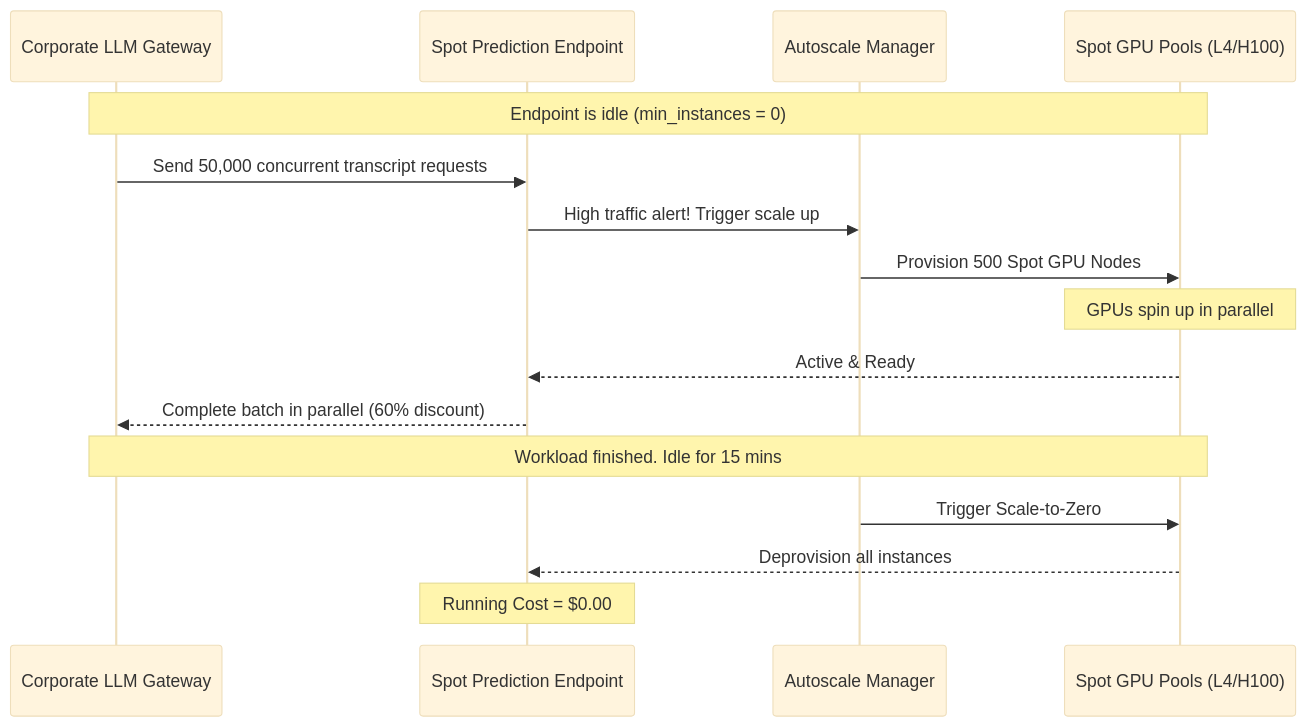
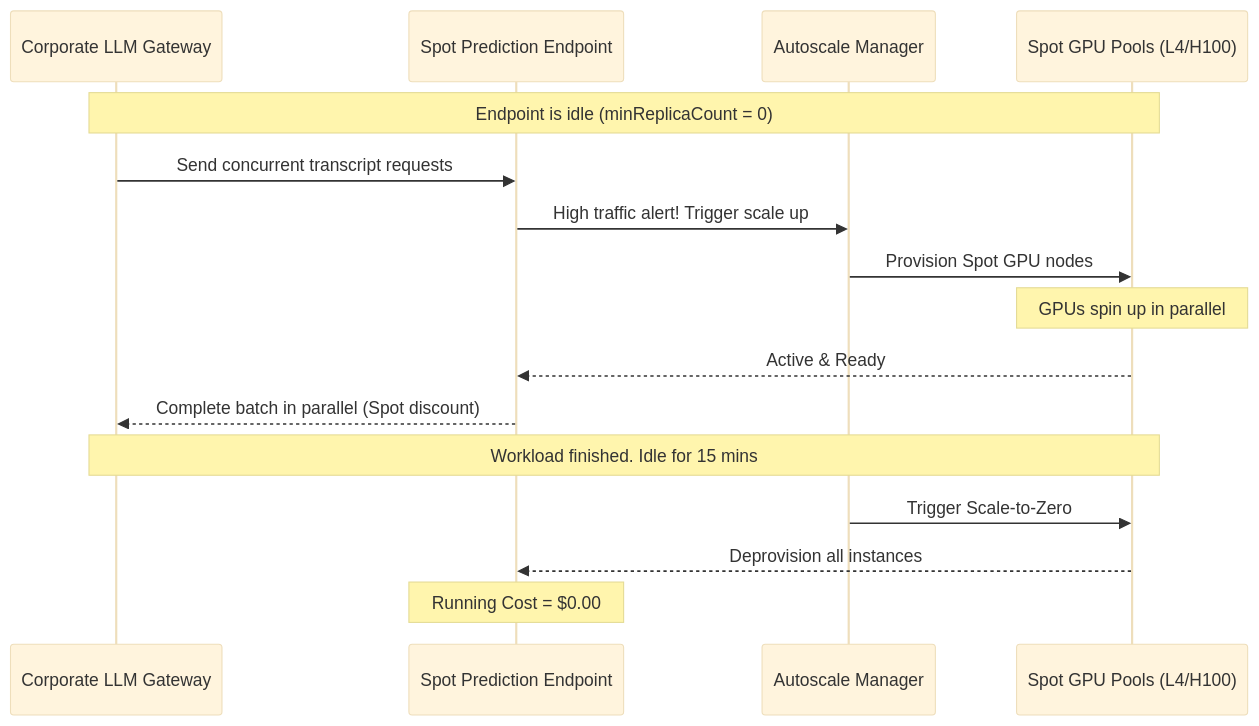
Before and after one commit to dambor/workshop-platform: the fifth of 5 diagrams in public/workshops/workshop-quantscale.md, drawn with Mermaid (base theme). The commit also changed other lines of this file and 3 other files, not shown here.

````diff
--- a/public/workshops/workshop-quantscale.md
+++ b/public/workshops/workshop-quantscale.md
@@ -535,19 +486,19 @@
 ```mermaid
 sequenceDiagram
     participant GW as Corporate LLM Gateway
     participant EP as Spot Prediction Endpoint
     participant AS as Autoscale Manager
     participant Spot as Spot GPU Pools (L4/H100)
 
-    Note over GW,Spot: Endpoint is idle (min_instances = 0)
-    GW->>EP: Send 50,000 concurrent transcript requests
+    Note over GW,Spot: Endpoint is idle (minReplicaCount = 0)
+    GW->>EP: Send concurrent transcript requests
     EP->>AS: High traffic alert! Trigger scale up
-    AS->>Spot: Provision 500 Spot GPU Nodes
+    AS->>Spot: Provision Spot GPU nodes
     Note over Spot: GPUs spin up in parallel
     Spot-->>EP: Active & Ready
-    EP-->>GW: Complete batch in parallel (60% discount)
+    EP-->>GW: Complete batch in parallel (Spot discount)
     Note over GW,Spot: Workload finished. Idle for 15 mins
     AS->>Spot: Trigger Scale-to-Zero
     Spot-->>EP: Deprovision all instances
     Note over EP: Running Cost = $0.00
 ```
````
